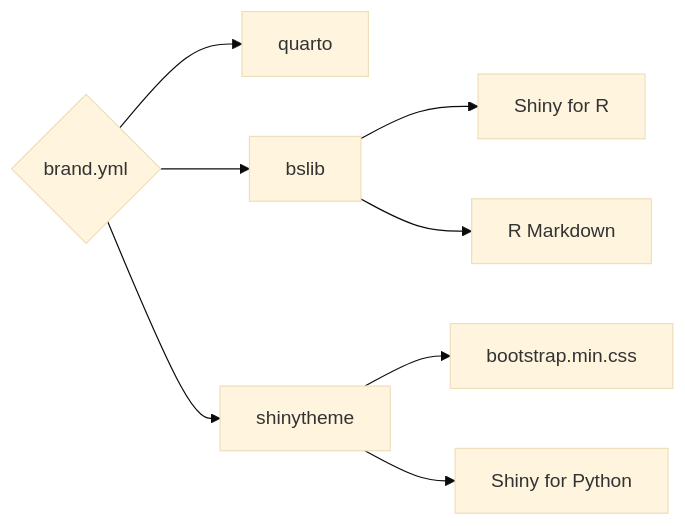
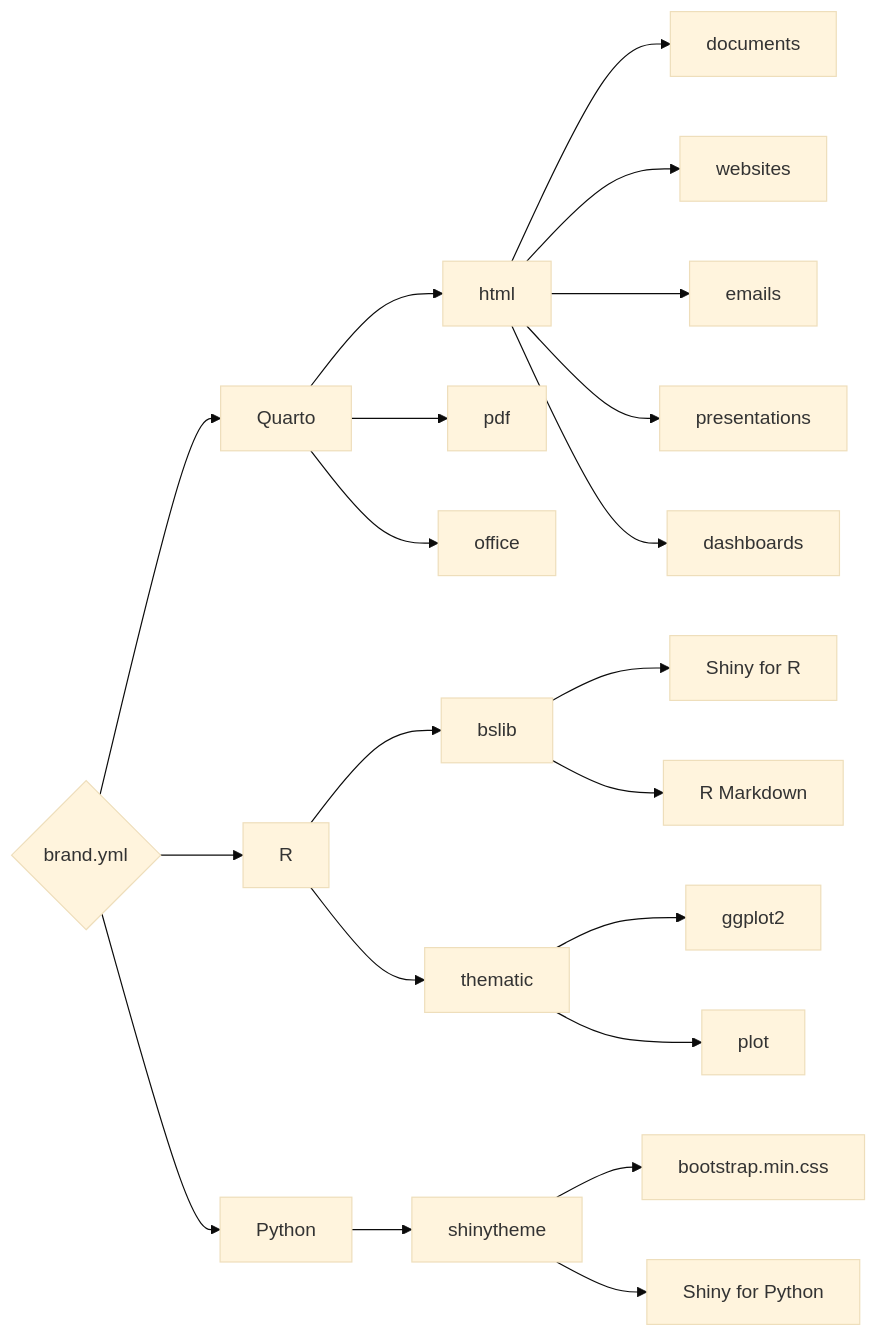
The diagram in index.qmd (posit-dev/brand-yml), drawn with Mermaid (base theme) before and after one commit. The commit also changed other lines of this file, not shown here.

````diff
--- a/index.qmd
+++ b/index.qmd
@@ -7,11 +16,26 @@
 ```{mermaid}
 flowchart LR
     by{brand.yml}
-    by-->quarto
-    by-->bslib
-    bslib-->R[Shiny for R]
+    by-->Quarto
+    Quarto-->html
+    Quarto-->pdf
+    Quarto-->office
+    html-->documents
+    html-->websites
+    html-->emails
+    html-->presentations
+    html-->dashboards
+    
+    by-->R
+    R-->bslib
+    R-->thematic
+    bslib-->shiny-r[Shiny for R]
     bslib-->rmd[R Markdown]
-    by-->shinytheme
+    thematic-->ggplot2
+    thematic-->plot
+    
+    by-->Python
+    Python-->shinytheme
     shinytheme-->bs[bootstrap.min.css]
     shinytheme-->py[Shiny for Python]
 ```
````
